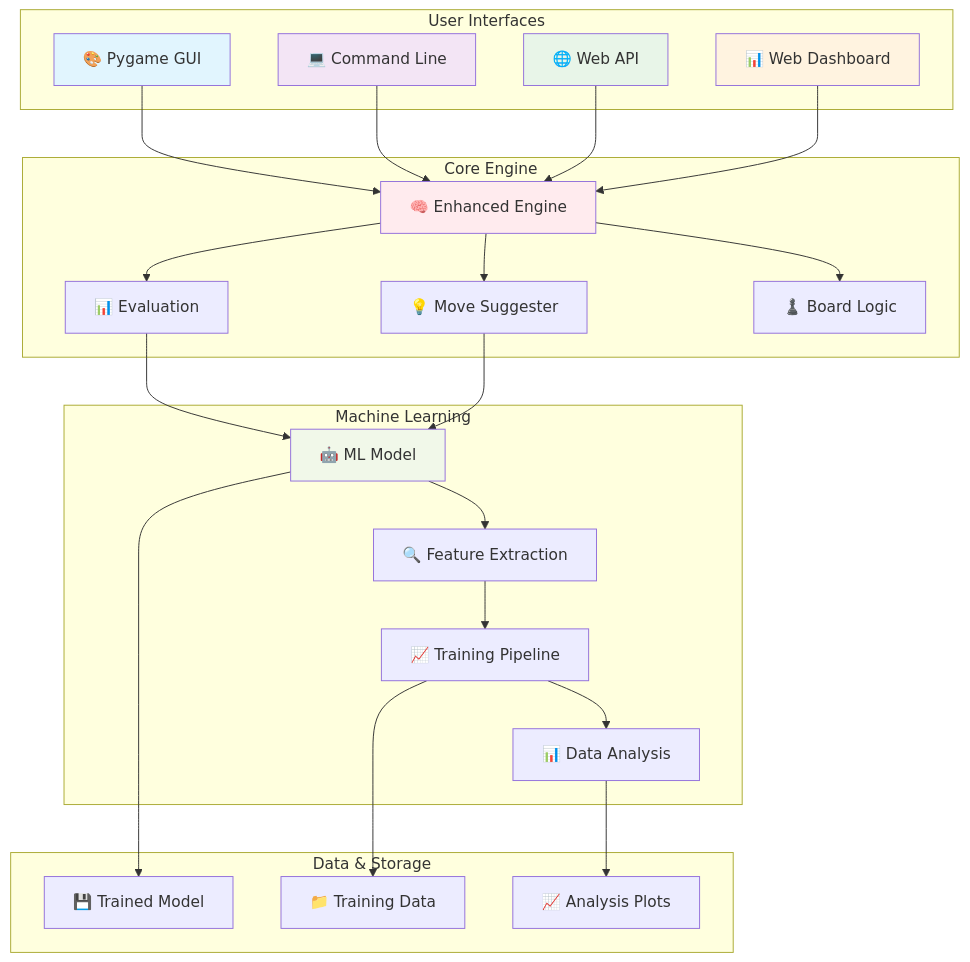
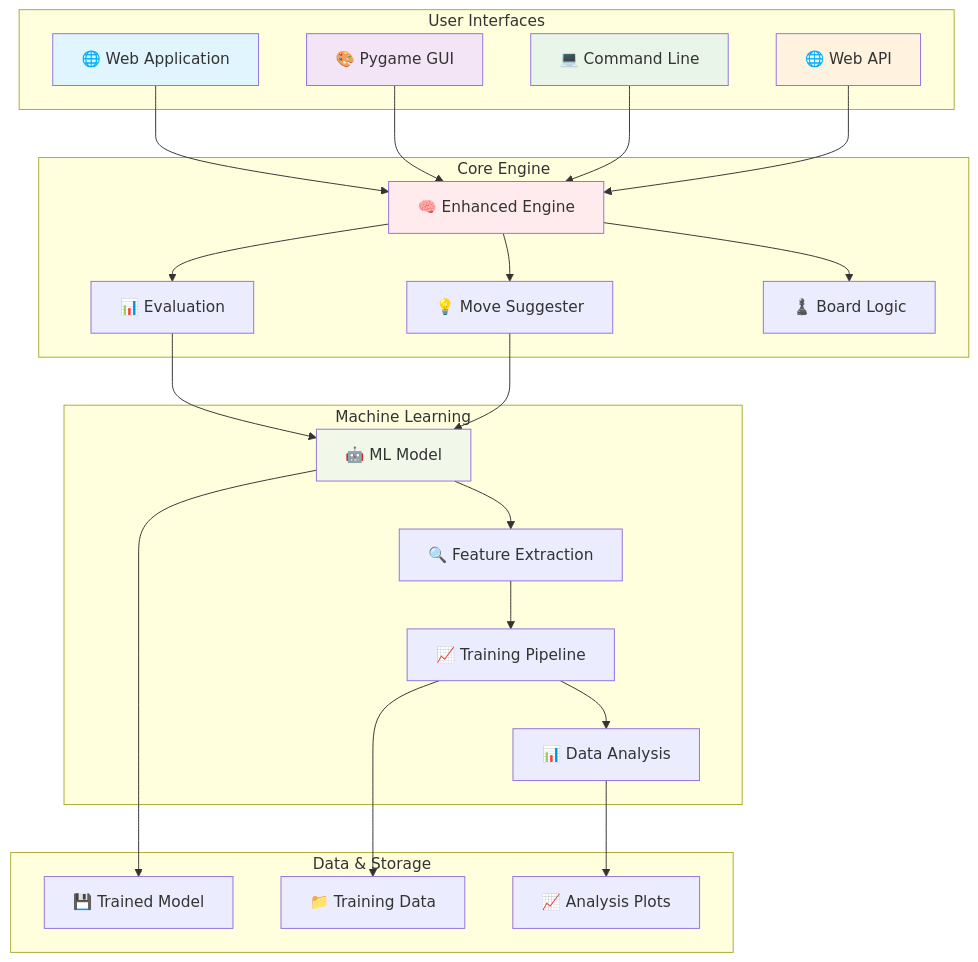
The first of 8 diagrams in Docs/README.md (Bempong-Sylvester-Obese/Chess-Engine), drawn with Mermaid before and after one commit. The commit also changed other lines of this file, not shown here.

````diff
--- a/Docs/README.md
+++ b/Docs/README.md
@@ -143,55 +169,55 @@
 ```mermaid
 graph TB
     subgraph "User Interfaces"
+        WEB[🌐 Web Application]
         GUI[🎨 Pygame GUI]
         CLI[💻 Command Line]
         API[🌐 Web API]
-        WEB[📊 Web Dashboard]
     end
     
     subgraph "Core Engine"
         ENGINE[🧠 Enhanced Engine]
         EVAL[📊 Evaluation]
         SUGGEST[💡 Move Suggester]
         BOARD[♟️ Board Logic]
     end
     
     subgraph "Machine Learning"
         ML[🤖 ML Model]
         FEATURES[🔍 Feature Extraction]
         TRAINING[📈 Training Pipeline]
         DATA[📊 Data Analysis]
     end
     
     subgraph "Data & Storage"
         MODEL[💾 Trained Model]
         DATASET[📁 Training Data]
         PLOTS[📈 Analysis Plots]
     end
     
+    WEB --> ENGINE
     GUI --> ENGINE
     CLI --> ENGINE
     API --> ENGINE
-    WEB --> ENGINE
     
     ENGINE --> EVAL
     ENGINE --> SUGGEST
     ENGINE --> BOARD
     
     EVAL --> ML
     SUGGEST --> ML
     ML --> FEATURES
     FEATURES --> TRAINING
     TRAINING --> DATA
     
     ML --> MODEL
     TRAINING --> DATASET
     DATA --> PLOTS
     
-    style GUI fill:#e1f5fe
-    style CLI fill:#f3e5f5
-    style API fill:#e8f5e8
-    style WEB fill:#fff3e0
+    style WEB fill:#e1f5fe
+    style GUI fill:#f3e5f5
+    style CLI fill:#e8f5e8
+    style API fill:#fff3e0
     style ENGINE fill:#ffebee
     style ML fill:#f1f8e9
 ```
````
